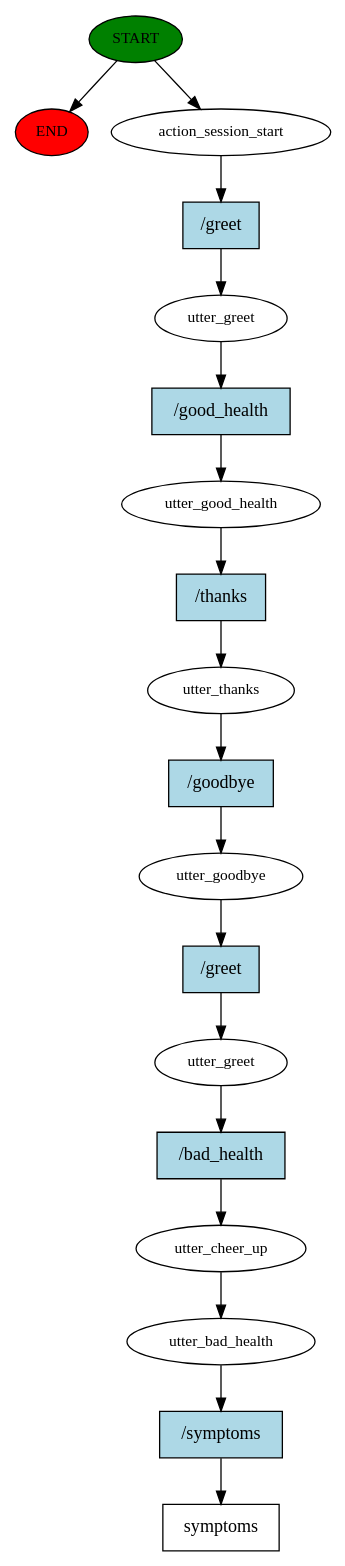
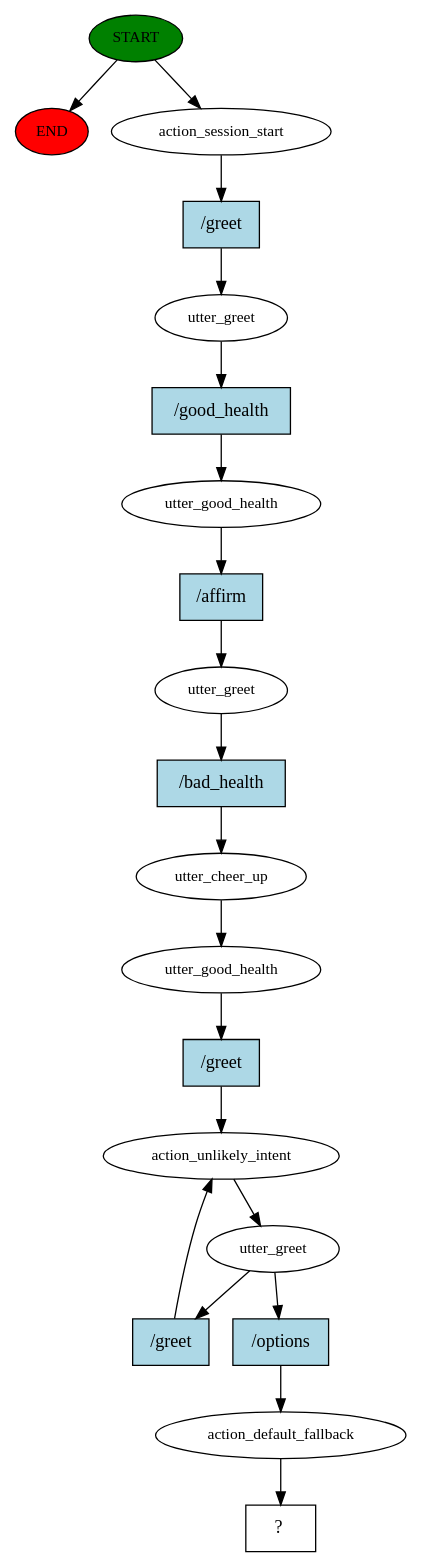
The diagram in story_graph.dot (mebaidoo/Medical-Chatbot-Capstone), drawn with Graphviz before and after one commit. The commit also changed 43 other files, not shown here.

```diff
--- a/story_graph.dot
+++ b/story_graph.dot
@@ -1,37 +1,40 @@
 digraph  {
 0 [class="start active", fillcolor=green, fontsize=12, label=START, style=filled];
 "-1" [class=end, fillcolor=red, fontsize=12, label=END, style=filled];
 1 [class=active, fontsize=12, label=action_session_start];
 2 [class=active, fontsize=12, label=utter_greet];
 3 [class=active, fontsize=12, label=utter_good_health];
-4 [class=active, fontsize=12, label=utter_thanks];
-5 [class=active, fontsize=12, label=utter_goodbye];
-6 [class=active, fontsize=12, label=utter_greet];
-7 [class=active, fontsize=12, label=utter_cheer_up];
-8 [class=active, fontsize=12, label=utter_bad_health];
-9 [class="intent dashed active", label=symptoms, shape=rect];
-10 [class="intent active", fillcolor=lightblue, label="/greet", shape=rect, style=filled];
-11 [class="intent active", fillcolor=lightblue, label="/good_health", shape=rect, style=filled];
-12 [class="intent active", fillcolor=lightblue, label="/thanks", shape=rect, style=filled];
-13 [class="intent active", fillcolor=lightblue, label="/goodbye", shape=rect, style=filled];
-14 [class="intent active", fillcolor=lightblue, label="/greet", shape=rect, style=filled];
-15 [class="intent active", fillcolor=lightblue, label="/bad_health", shape=rect, style=filled];
-16 [class="intent active", fillcolor=lightblue, label="/symptoms", shape=rect, style=filled];
+4 [class=active, fontsize=12, label=utter_greet];
+5 [class=active, fontsize=12, label=utter_cheer_up];
+6 [class=active, fontsize=12, label=utter_good_health];
+7 [class=active, fontsize=12, label=action_unlikely_intent];
+8 [class=active, fontsize=12, label=utter_greet];
+13 [class=active, fontsize=12, label=action_default_fallback];
+14 [class="intent dashed active", label="  ?  ", shape=rect];
+15 [class="intent active", fillcolor=lightblue, label="/greet", shape=rect, style=filled];
+16 [class="intent active", fillcolor=lightblue, label="/good_health", shape=rect, style=filled];
+17 [class="intent active", fillcolor=lightblue, label="/affirm", shape=rect, style=filled];
+18 [class="intent active", fillcolor=lightblue, label="/bad_health", shape=rect, style=filled];
+19 [class="intent active", fillcolor=lightblue, label="/greet", shape=rect, style=filled];
+20 [class="intent active", fillcolor=lightblue, label="/greet", shape=rect, style=filled];
+21 [class="intent active", fillcolor=lightblue, label="/options", shape=rect, style=filled];
 0 -> "-1"  [class="", key=NONE, label=""];
 0 -> 1  [class=active, key=NONE, label=""];
-1 -> 10  [class=active, key=0];
-2 -> 11  [class=active, key=0];
-3 -> 12  [class=active, key=0];
-4 -> 13  [class=active, key=0];
-5 -> 14  [class=active, key=0];
-6 -> 15  [class=active, key=0];
+1 -> 15  [class=active, key=0];
+2 -> 16  [class=active, key=0];
+3 -> 17  [class=active, key=0];
+4 -> 18  [class=active, key=0];
+5 -> 6  [class=active, key=NONE, label=""];
+6 -> 19  [class=active, key=0];
 7 -> 8  [class=active, key=NONE, label=""];
-8 -> 16  [class=active, key=0];
-10 -> 2  [class=active, key=0];
-11 -> 3  [class=active, key=0];
-12 -> 4  [class=active, key=0];
-13 -> 5  [class=active, key=0];
-14 -> 6  [class=active, key=0];
-15 -> 7  [class=active, key=0];
-16 -> 9  [class=active, key=0];
+8 -> 20  [class=active, key=0];
+8 -> 21  [class=active, key=0];
+13 -> 14  [class=active, key=NONE, label=""];
+15 -> 2  [class=active, key=0];
+16 -> 3  [class=active, key=0];
+17 -> 4  [class=active, key=0];
+18 -> 5  [class=active, key=0];
+19 -> 7  [class=active, key=0];
+20 -> 7  [class=active, key=0];
+21 -> 13  [class=active, key=0];
 }
```
